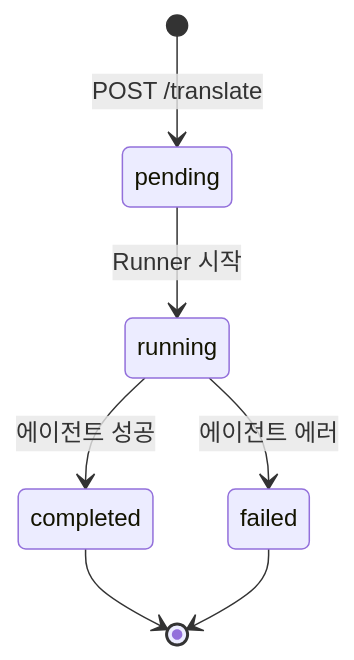
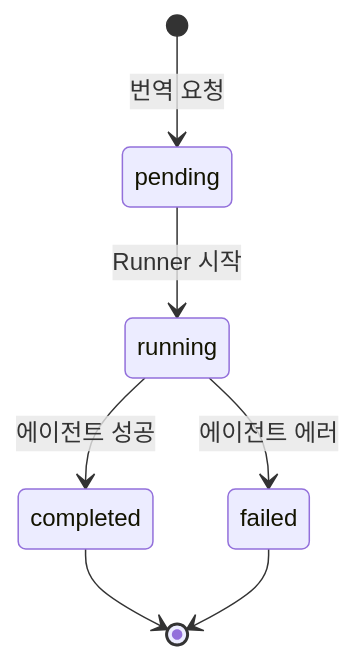
One commit to flashwade03/Translate-Agent-For-Unity-Game-Development-With-Gemini changed the first of 2 diagrams in docs/feature/backend-design.md. Above: the diagram before and after it, drawn with Mermaid. The commit also changed 1 other file, not shown here.

Commit message:
docs: fix design review feedback — abstract state label, remove stale ref
- backend-design.md: state diagram "POST /translate" → "번역 요청"
- frontend-design.md: constraint "Google Sheets API" → "데이터 소스"

````diff
--- a/docs/feature/backend-design.md
+++ b/docs/feature/backend-design.md
@@ -38,9 +38,9 @@
 ```mermaid
 stateDiagram-v2
-    [*] --> pending : POST /translate
+    [*] --> pending : 번역 요청
     pending --> running : Runner 시작
     running --> completed : 에이전트 성공
     running --> failed : 에이전트 에러
     completed --> [*]
     failed --> [*]
 ```
````
